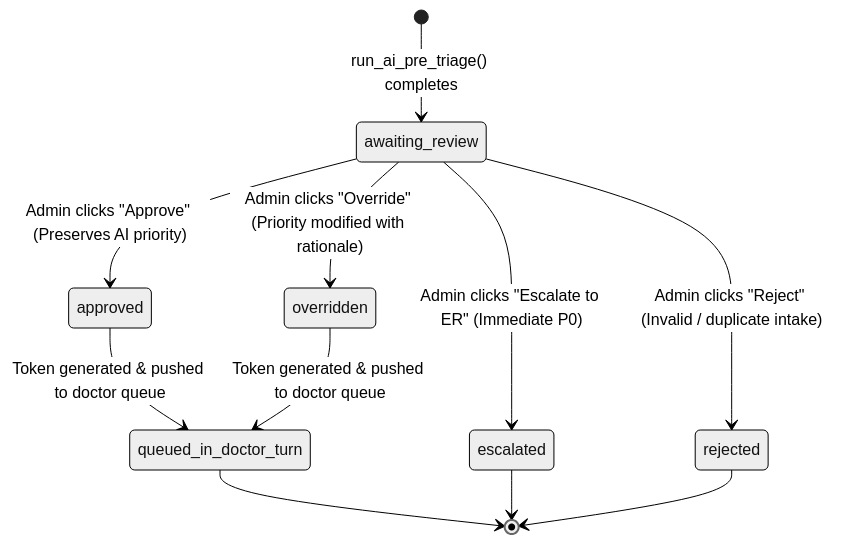
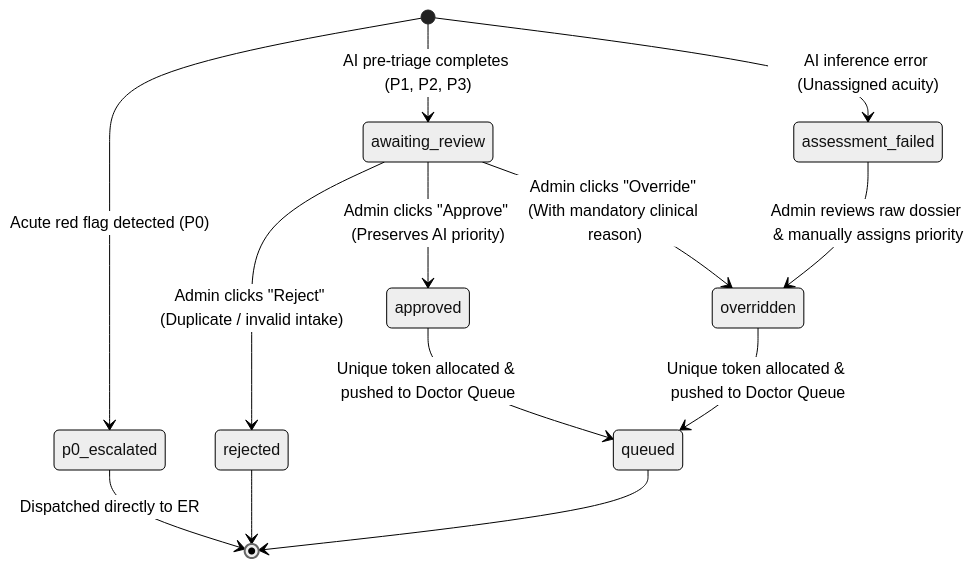
The second of 6 diagrams in docs/state-machines.md (DakshChaudhary2668/MediKiosk), drawn with Mermaid (neutral theme) before and after one commit. The commit also changed other lines of this file and 33 other files, not shown here.

````diff
--- a/docs/state-machines.md
+++ b/docs/state-machines.md
@@ -34,16 +34,19 @@
 ```mermaid
 stateDiagram-v2
-    [*] --> awaiting_review: run_ai_pre_triage() completes
+    [*] --> awaiting_review: AI pre-triage completes (P1, P2, P3)
+    [*] --> p0_escalated: Acute red flag detected (P0)
+    [*] --> assessment_failed: AI inference error (Unassigned acuity)
 
     awaiting_review --> approved: Admin clicks "Approve" (Preserves AI priority)
-    awaiting_review --> overridden: Admin clicks "Override" (Priority modified with rationale)
-    awaiting_review --> escalated: Admin clicks "Escalate to ER" (Immediate P0)
-    awaiting_review --> rejected: Admin clicks "Reject" (Invalid / duplicate intake)
+    awaiting_review --> overridden: Admin clicks "Override" (With mandatory clinical reason)
+    awaiting_review --> rejected: Admin clicks "Reject" (Duplicate / invalid intake)
 
-    approved --> queued_in_doctor_turn: Token generated & pushed to doctor queue
-    overridden --> queued_in_doctor_turn: Token generated & pushed to doctor queue
+    assessment_failed --> overridden: Admin reviews raw dossier & manually assigns priority
 
-    queued_in_doctor_turn --> [*]
-    escalated --> [*]
+    approved --> queued: Unique token allocated & pushed to Doctor Queue
+    overridden --> queued: Unique token allocated & pushed to Doctor Queue
+
+    p0_escalated --> [*]: Dispatched directly to ER
     rejected --> [*]
+    queued --> [*]
 ```
````
